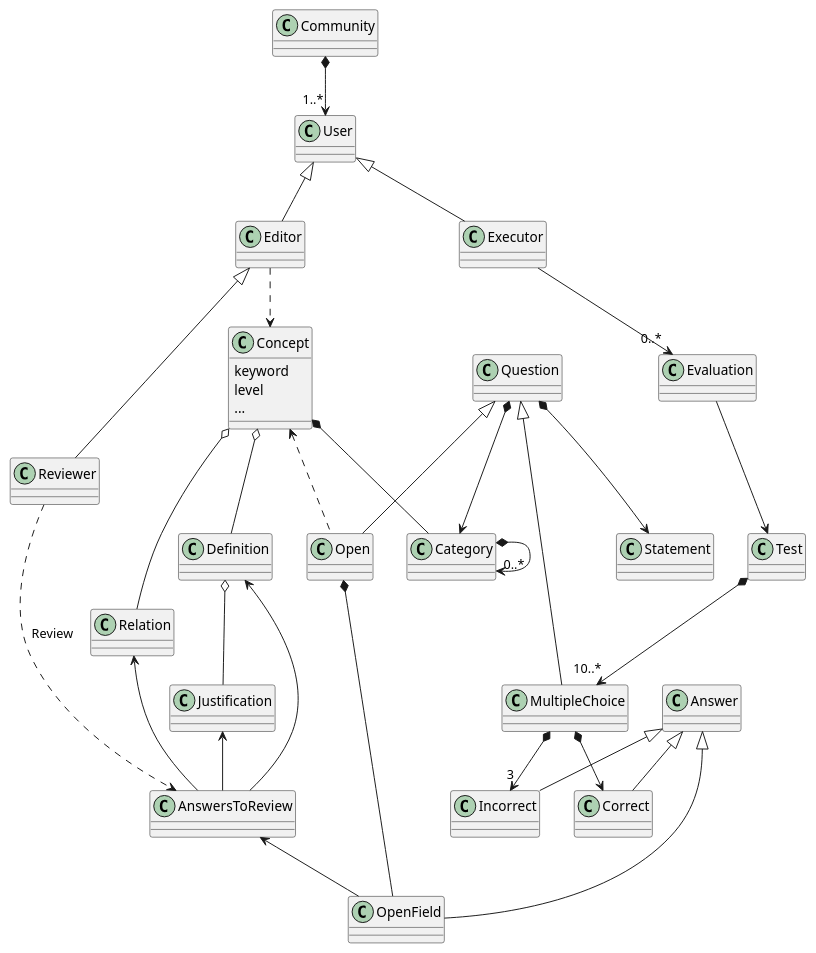
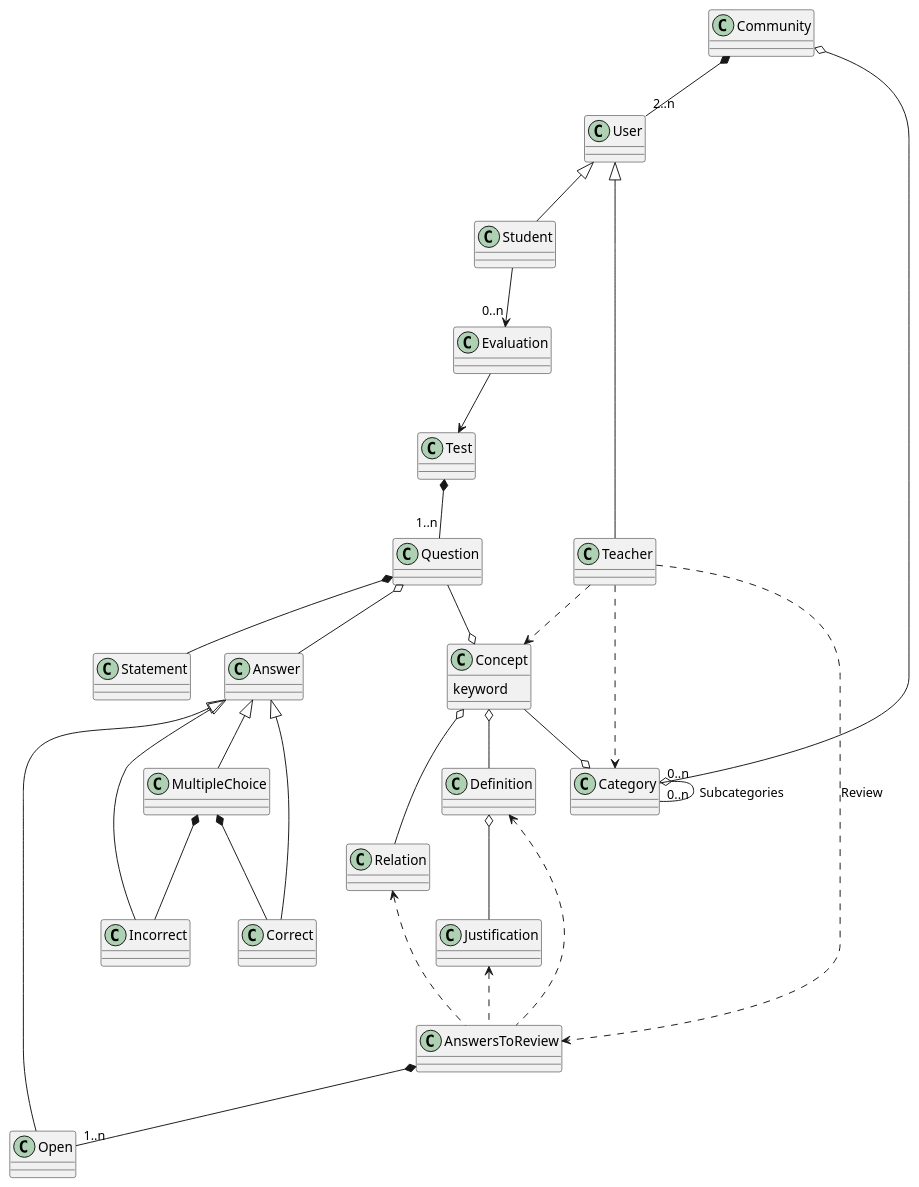
One commit to Joselon/ProyectoOpoTest changed the diagram in doc/dominio_clases.puml. Above: the diagram before and after it, drawn with PlantUML. The commit also changed 8 other files, not shown here.

```diff
--- a/doc/dominio_clases.puml
+++ b/doc/dominio_clases.puml
@@ -1,82 +1,77 @@
 @startuml OpoTestDomain
 
 class Community
 
 class User
 
-class Reviewer
+class Teacher
 
-class Editor 
-
-class Executor
+class Student
 
 class Evaluation
 
 class Category 
 
 class Test 
 
 class AnswersToReview
 
 class Concept {
     keyword
-    level
-    ...
 }
 
 class Open 
 
 class Question
 
 class MultipleChoice
 
 class Statement
 
 class Answer 
 
 class Correct
 
 Class Incorrect
 
-Community *--> "1..*" User
-'Community *--> Concept
+Community *-- "2..n" User
+Community o-- "0..n" Category
 
+User <|-- Teacher
+User <|-- Student
 
-User <|-- Editor
-Editor <|--  Reviewer
-User <|-- Executor
-
-AnswersToReview <-- OpenField
-Definition <-- AnswersToReview
-Justification <-- AnswersToReview
-Relation <-- AnswersToReview
-
-Concept *-- Category
+Teacher ..> Category
+Teacher ..> Concept
+Concept --o Category
+Question --o Concept
 Concept o-- Definition
 Definition o-- Justification
 Concept o-- Relation
 
-Executor --> "0..*" Evaluation
+Student --> "0..n" Evaluation
 Evaluation --> Test
 
-Editor ..> Concept
-Concept <.. Open
-'OpenQuestion --> Question
-Reviewer ..> AnswersToReview : Review
-Question <|-- MultipleChoice
-Question <|-- Open
-Test *--> "10..*" MultipleChoice
-Question *-->   Statement
-MultipleChoice *--> "3" Incorrect
-MultipleChoice *-->   Correct
+Teacher ..> AnswersToReview : Review
+AnswersToReview *-- "1..n" Open
+Definition <.. AnswersToReview
+Justification <.. AnswersToReview
+Relation <.. AnswersToReview
+
+'Question <|-- MultipleChoice
+'Question <|-- Open
+Test *-- "1..n" Question
+Question *--   Statement
+Question o-- Answer
+MultipleChoice *-- Incorrect
+MultipleChoice *-- Correct
 Answer <|-- Correct
 Answer <|-- Incorrect
-Answer <|-- OpenField
-Open *--OpenField
+Answer <|-- Open
+Answer <|-- MultipleChoice
 
-Question *--> Category
-Category *-->"0..*" Category
+
+Category o--"0..n" Category : Subcategories
 
 
 
 @enduml
```
